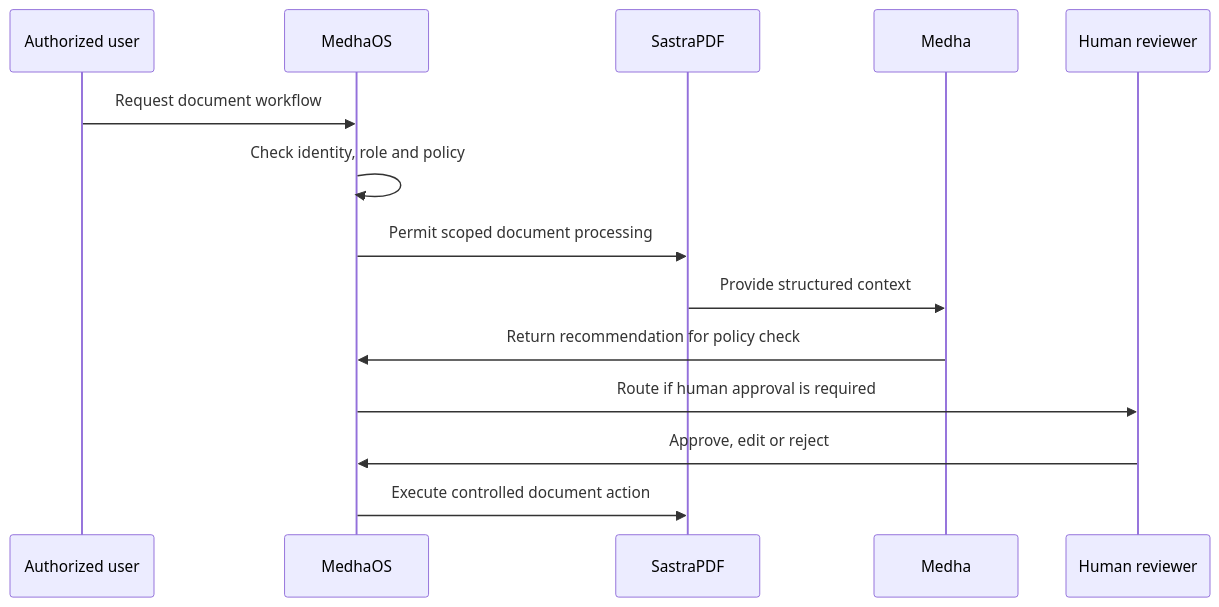
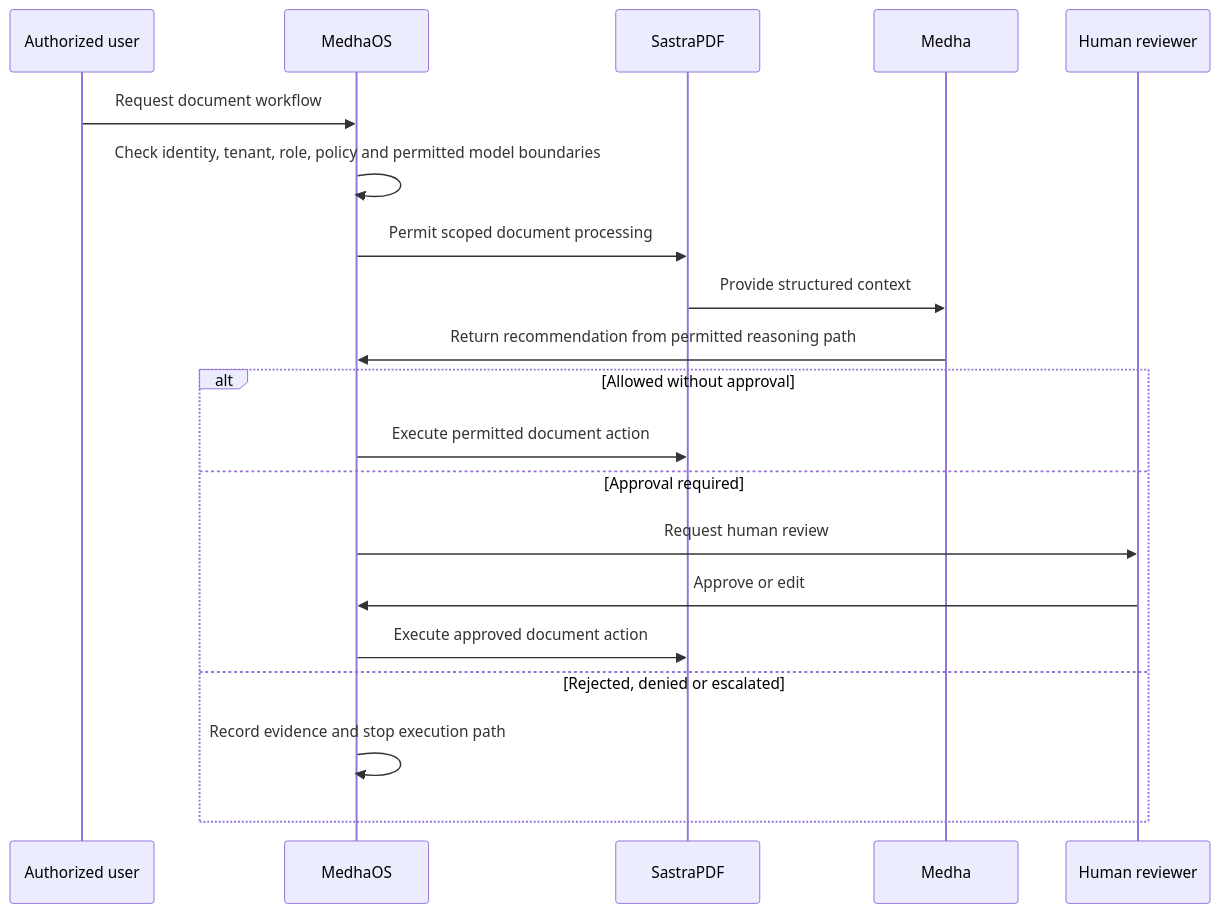
The diagram in whitepapers/ai-native-document-workflows.md (sastra-innovations/sastra-public-docs), drawn with Mermaid before and after one commit. The commit also changed other lines of this file and 14 other files, not shown here.

````diff
--- a/whitepapers/ai-native-document-workflows.md
+++ b/whitepapers/ai-native-document-workflows.md
@@ -30,17 +30,23 @@
 ```mermaid
 sequenceDiagram
   participant User as Authorized user
   participant OS as MedhaOS
   participant PDF as SastraPDF
   participant Medha as Medha
   participant Reviewer as Human reviewer
 
   User->>OS: Request document workflow
-  OS->>OS: Check identity, role and policy
+  OS->>OS: Check identity, tenant, role, policy and permitted model boundaries
   OS->>PDF: Permit scoped document processing
   PDF->>Medha: Provide structured context
-  Medha->>OS: Return recommendation for policy check
-  OS->>Reviewer: Route if human approval is required
-  Reviewer->>OS: Approve, edit or reject
-  OS->>PDF: Execute controlled document action
+  Medha->>OS: Return recommendation from permitted reasoning path
+  alt Allowed without approval
+    OS->>PDF: Execute permitted document action
+  else Approval required
+    OS->>Reviewer: Request human review
+    Reviewer->>OS: Approve or edit
+    OS->>PDF: Execute approved document action
+  else Rejected, denied or escalated
+    OS->>OS: Record evidence and stop execution path
+  end
 ```
````
